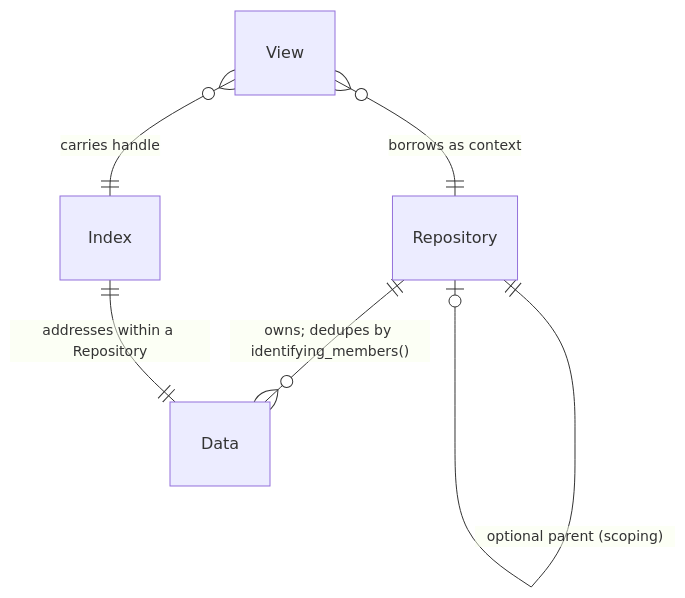
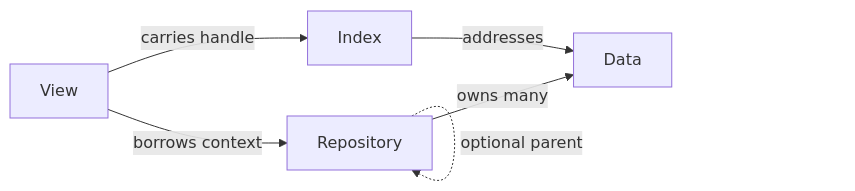
One commit to mrlab-ai/Tyr-lifted-pdb changed the diagram in docs/design/formalism.md. Above: the diagram before and after it, drawn with Mermaid.

Commit message:
swap formalism ER diagram for flowchart with English labels
Crow's foot ER notation isn't familiar to most planning-side readers.
The cardinality details (zero-or-many vs one-or-many) weren't the
load-bearing information anyway; the kind of relationship (owns,
borrows, carries, addresses) is what readers need.

````diff
--- a/docs/design/formalism.md
+++ b/docs/design/formalism.md
@@ -13,8 +13,8 @@
 ```mermaid
-erDiagram
-    Repository ||--o{ Data : "owns; dedupes by identifying_members()"
-    Repository ||--o| Repository : "optional parent (scoping)"
-    View }o--|| Repository : "borrows as context"
-    View }o--|| Index : "carries handle"
-    Index ||--|| Data : "addresses within a Repository"
+flowchart LR
+  Repo[Repository] -->|owns many| Data
+  Repo -.->|optional parent| Repo
+  View -->|borrows context| Repo
+  View -->|carries handle| Index
+  Index -->|addresses| Data
 ```
````
